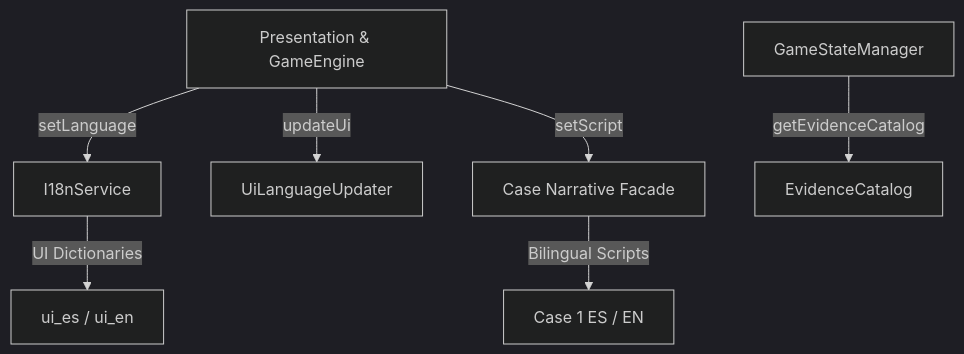
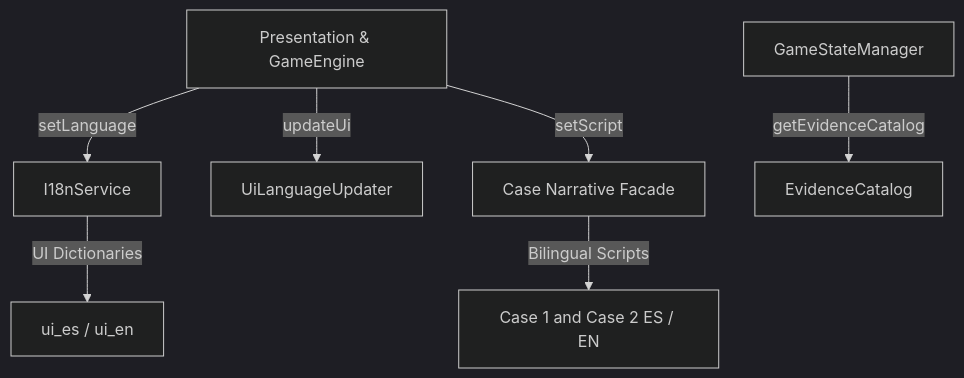
One commit to luisoncpp/aa-chapulin changed the diagram in docs/architecture/i18n-system.md. Above: the diagram before and after it, drawn with Mermaid (dark theme). The commit also changed other lines of this file and 34 other files, not shown here.

````diff
--- a/docs/architecture/i18n-system.md
+++ b/docs/architecture/i18n-system.md
@@ -7,9 +7,9 @@
 ```mermaid
 graph TD
     Engine[Presentation & GameEngine] -->|setLanguage| I18n[I18nService]
     Engine -->|updateUi| Updater[UiLanguageUpdater]
     Engine -->|setScript| Case[Case Narrative Facade]
     State[GameStateManager] -->|getEvidenceCatalog| Evidence[EvidenceCatalog]
     I18n -->|UI Dictionaries| Dictionaries[ui_es / ui_en]
-    Case -->|Bilingual Scripts| Scripts[Case 1 ES / EN]
+    Case -->|Bilingual Scripts| Scripts[Case 1 and Case 2 ES / EN]
 ```
````
